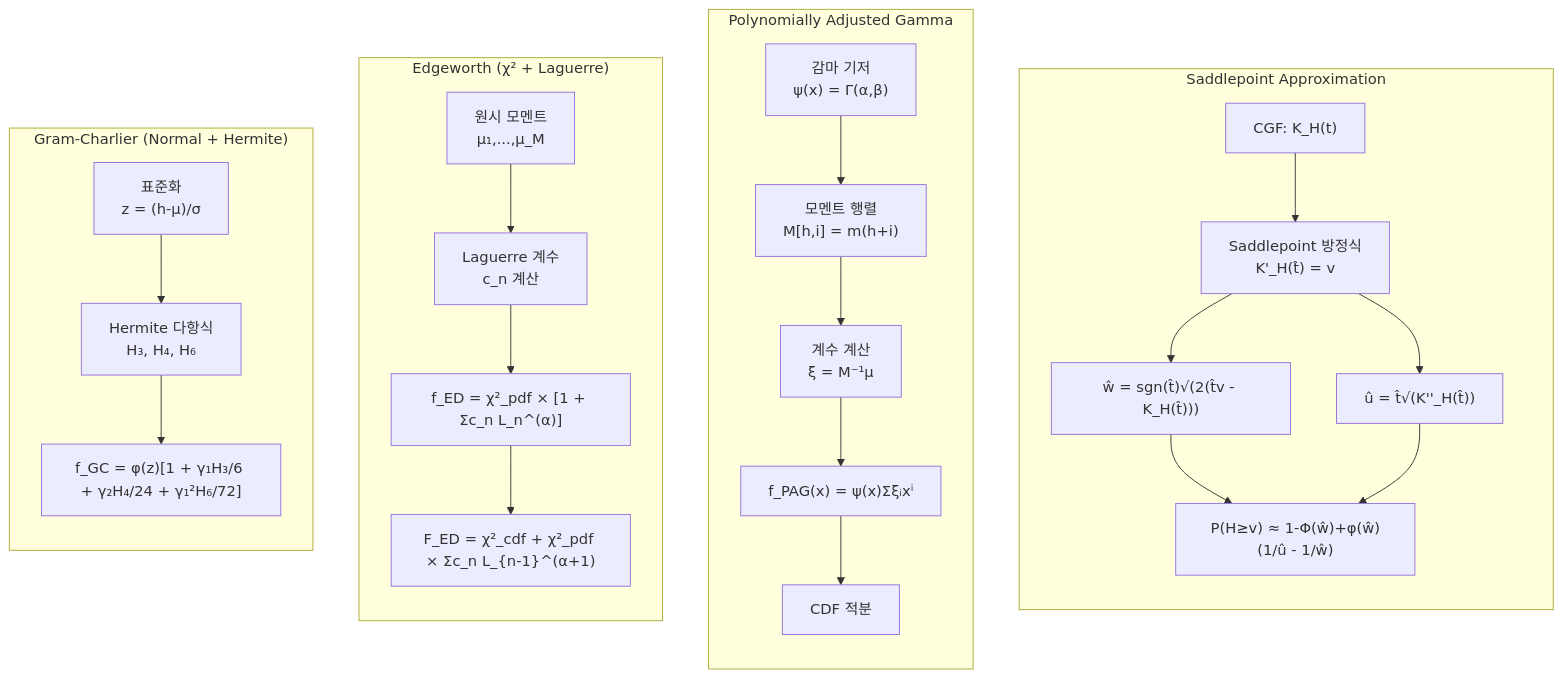
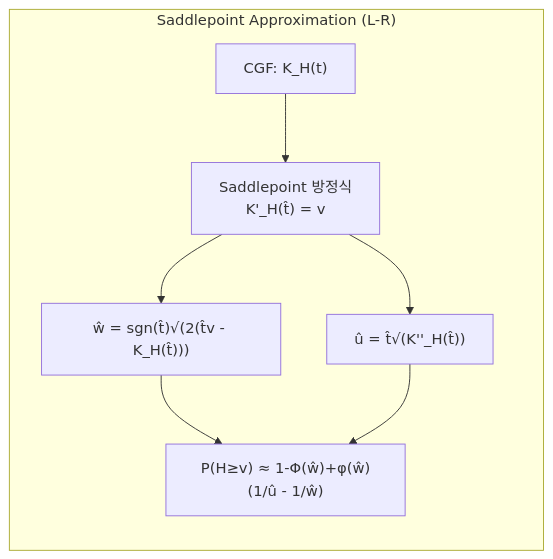
Before and after one commit to zongseung/KS-test: the third of 4 diagrams in README.md, drawn with Mermaid. The commit also changed other lines of this file and 1 other file, not shown here.

````diff
--- a/README.md
+++ b/README.md
@@ -121,31 +125,10 @@
 ```mermaid
 flowchart TB
-    subgraph Saddlepoint["Saddlepoint Approximation"]
+    subgraph Saddlepoint["Saddlepoint Approximation (L-R)"]
         direction TB
         S1["CGF: K_H(t)"] --> S2["Saddlepoint 방정식<br/>K'_H(t̂) = v"]
         S2 --> S3["ŵ = sgn(t̂)√(2(t̂v - K_H(t̂)))"]
         S2 --> S4["û = t̂√(K''_H(t̂))"]
         S3 & S4 --> S5["P(H≥v) ≈ 1-Φ(ŵ)+φ(ŵ)(1/û - 1/ŵ)"]
     end
-
-    subgraph PAM["Polynomially Adjusted Gamma"]
-        direction TB
-        P1["감마 기저<br/>ψ(x) = Γ(α,β)"] --> P2["모멘트 행렬<br/>M[h,i] = m(h+i)"]
-        P2 --> P3["계수 계산<br/>ξ = M⁻¹μ"]
-        P3 --> P4["f_PAG(x) = ψ(x)Σξᵢxⁱ"]
-        P4 --> P5["CDF 적분"]
-    end
-
-    subgraph Edgeworth["Edgeworth (χ² + Laguerre)"]
-        direction TB
-        E1["원시 모멘트<br/>μ₁,...,μ_M"] --> E2["Laguerre 계수<br/>c_n 계산"]
-        E2 --> E3["f_ED = χ²_pdf × [1 + Σc_n L_n^(α)]"]
-        E3 --> E4["F_ED = χ²_cdf + χ²_pdf × Σc_n L_{n-1}^(α+1)"]
-    end
-
-    subgraph GramCharlier["Gram-Charlier (Normal + Hermite)"]
-        direction TB
-        G1["표준화<br/>z = (h-μ)/σ"] --> G2["Hermite 다항식<br/>H₃, H₄, H₆"]
-        G2 --> G3["f_GC = φ(z)[1 + γ₁H₃/6 + γ₂H₄/24 + γ₁²H₆/72]"]
-    end
 ```
````
